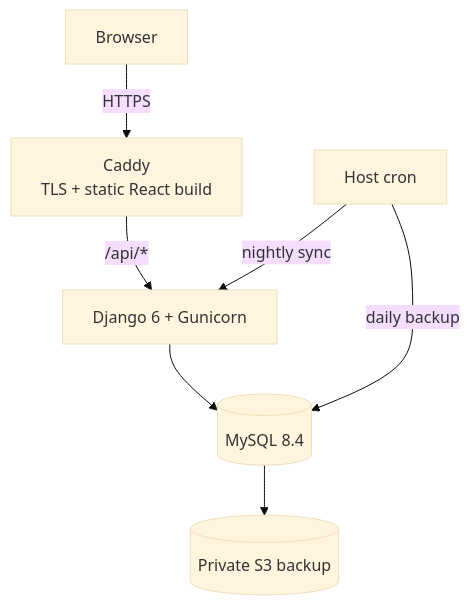
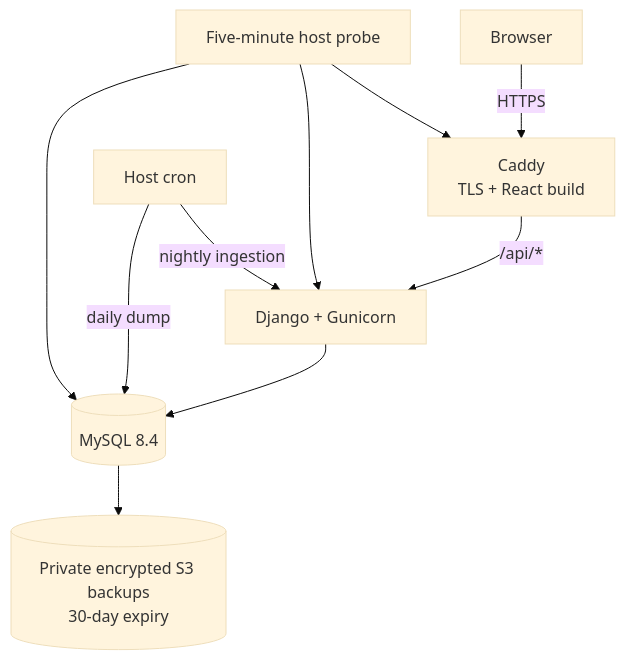
One commit to tanbaydar/onda changed the fifth of 5 diagrams in README.md. Above: the diagram before and after it, drawn with Mermaid (base theme). The commit also changed other lines of this file and 4 other files, not shown here.

````diff
--- a/README.md
+++ b/README.md
@@ -99,10 +164,12 @@
 ```mermaid
 flowchart TB
-    Browser[Browser] -->|HTTPS| Caddy[Caddy<br/>TLS + static React build]
-    Caddy -->|/api/*| Web[Django 6 + Gunicorn]
-    Web --> DB[(MySQL 8.4)]
-    Scheduler[Host cron] -->|nightly sync| Web
-    Scheduler -->|daily backup| DB
-    Backup[(Private S3 backup)]
-    DB --> Backup
+    Browser[Browser] -->|HTTPS| Caddy[Caddy<br/>TLS + React build]
+    Caddy -->|/api/*| Django[Django + Gunicorn]
+    Django --> MySQL[(MySQL 8.4)]
+    Scheduler[Host cron] -->|nightly ingestion| Django
+    Scheduler -->|daily dump| MySQL
+    MySQL --> Backup[(Private encrypted S3 backups<br/>30-day expiry)]
+    Health[Five-minute host probe] --> Caddy
+    Health --> Django
+    Health --> MySQL
 ```
````
